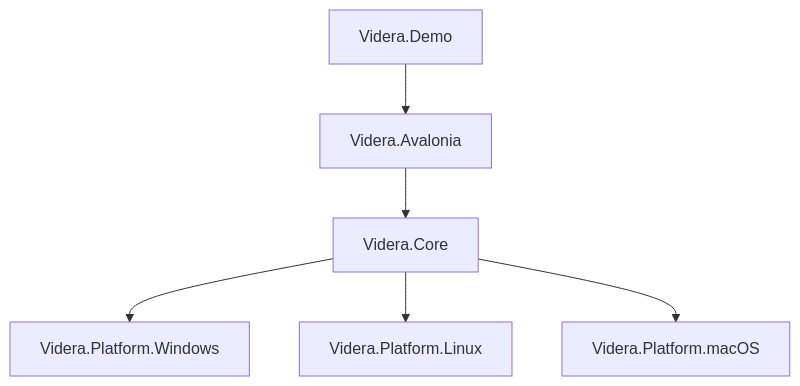
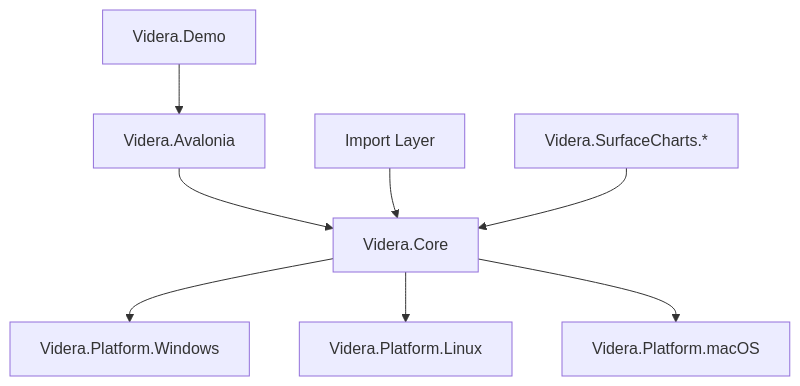
One commit to ExplodingUFO/Videra changed the first of 2 diagrams in ARCHITECTURE.md. Above: the diagram before and after it, drawn with Mermaid. The commit also changed other lines of this file and 16 other files, not shown here.

````diff
--- a/ARCHITECTURE.md
+++ b/ARCHITECTURE.md
@@ -19,15 +21,19 @@
 ```mermaid
 graph TB
     Demo[Videra.Demo]
     Avalonia[Videra.Avalonia]
     Core[Videra.Core]
+    Import[Import Layer]
+    Charts[Videra.SurfaceCharts.*]
     Win[Videra.Platform.Windows]
     Linux[Videra.Platform.Linux]
     Mac[Videra.Platform.macOS]
 
     Demo --> Avalonia
     Avalonia --> Core
+    Import --> Core
     Core --> Win
     Core --> Linux
     Core --> Mac
+    Charts --> Core
 ```
````
